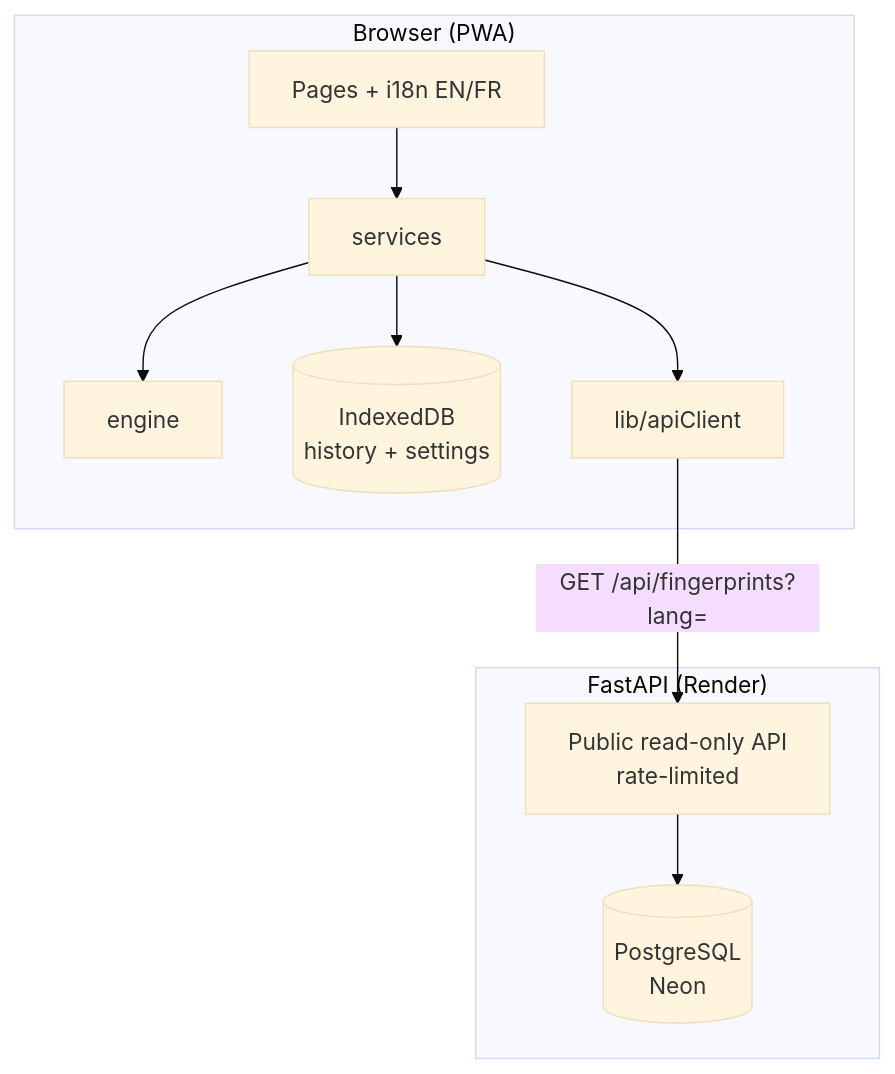
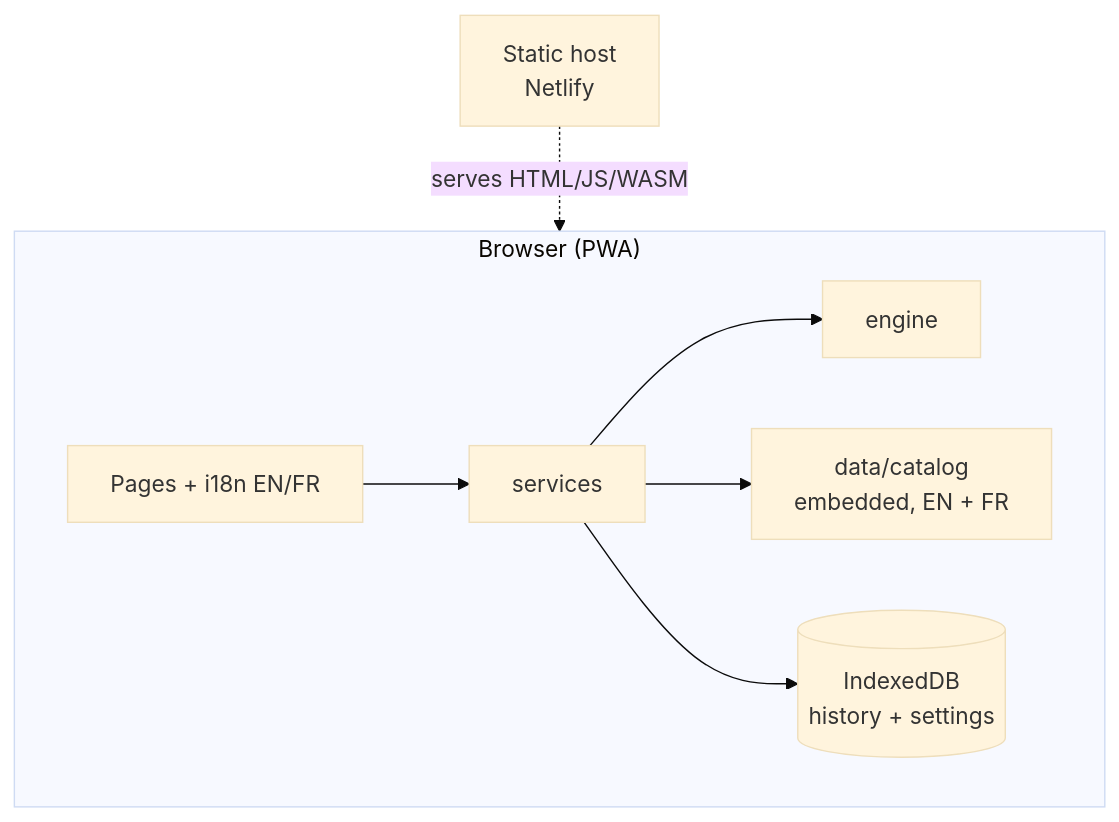
One commit to rodolphe37/ai-inspector changed the diagram in docs/ARCHITECTURE.md. Above: the diagram before and after it, drawn with Mermaid (base theme). The commit also changed other lines of this file and 60 other files, not shown here.

````diff
--- a/docs/ARCHITECTURE.md
+++ b/docs/ARCHITECTURE.md
@@ -12,13 +11,10 @@
 ```mermaid
 flowchart TB
     subgraph Browser["Browser (PWA)"]
         UI[Pages + i18n EN/FR] --> S[services]
         S --> E[engine]
+        S --> K[data/catalog<br/>embedded, EN + FR]
         S --> DB[(IndexedDB<br/>history + settings)]
-        S --> C[lib/apiClient]
     end
-    C -- "GET /api/fingerprints?lang=" --> API
-    subgraph Server["FastAPI (Render)"]
-        API[Public read-only API<br/>rate-limited] --> PG[(PostgreSQL<br/>Neon)]
-    end
+    Host[Static host<br/>Netlify] -. serves HTML/JS/WASM .-> Browser
 ```
````
